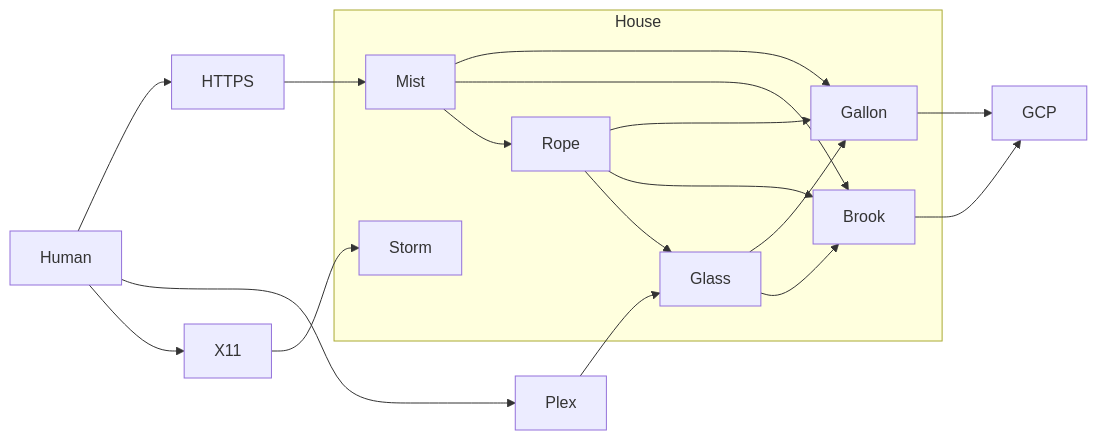
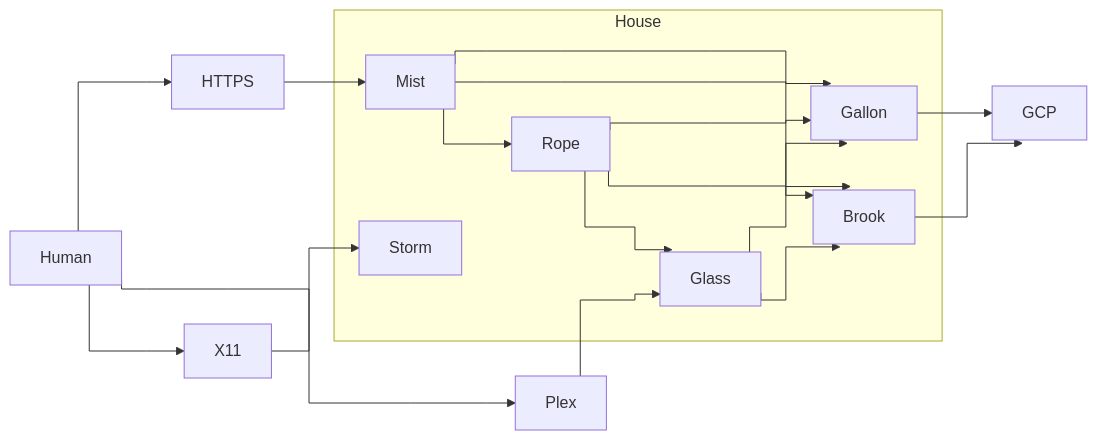
Before and after one commit to icco/writing: the diagram in posts/759.md, drawn with Mermaid.

````diff
--- a/posts/759.md
+++ b/posts/759.md
@@ -23,29 +23,30 @@
 ```mermaid
+%%{ init: { 'flowchart': { 'curve': 'stepBefore' } } }%%
 flowchart LR;
 
 subgraph AA [House]
     Glass;
     Storm;
     Rope;
     Gallon;
     Mist;
     Brook;
 end
 
 Human-->HTTPS;
 Human-->Plex;
 Human-->X11;
 Plex-->Glass;
 HTTPS-->Mist;
 Mist-->Gallon;
 Rope-->Gallon;
 Glass-->Gallon;
 Mist-->Brook;
 Rope-->Brook;
 Glass-->Brook;
 Mist-->Rope;
 Rope-->Glass;
 X11-->Storm;
 Gallon-->GCP;
 Brook-->GCP;
 ```
````
